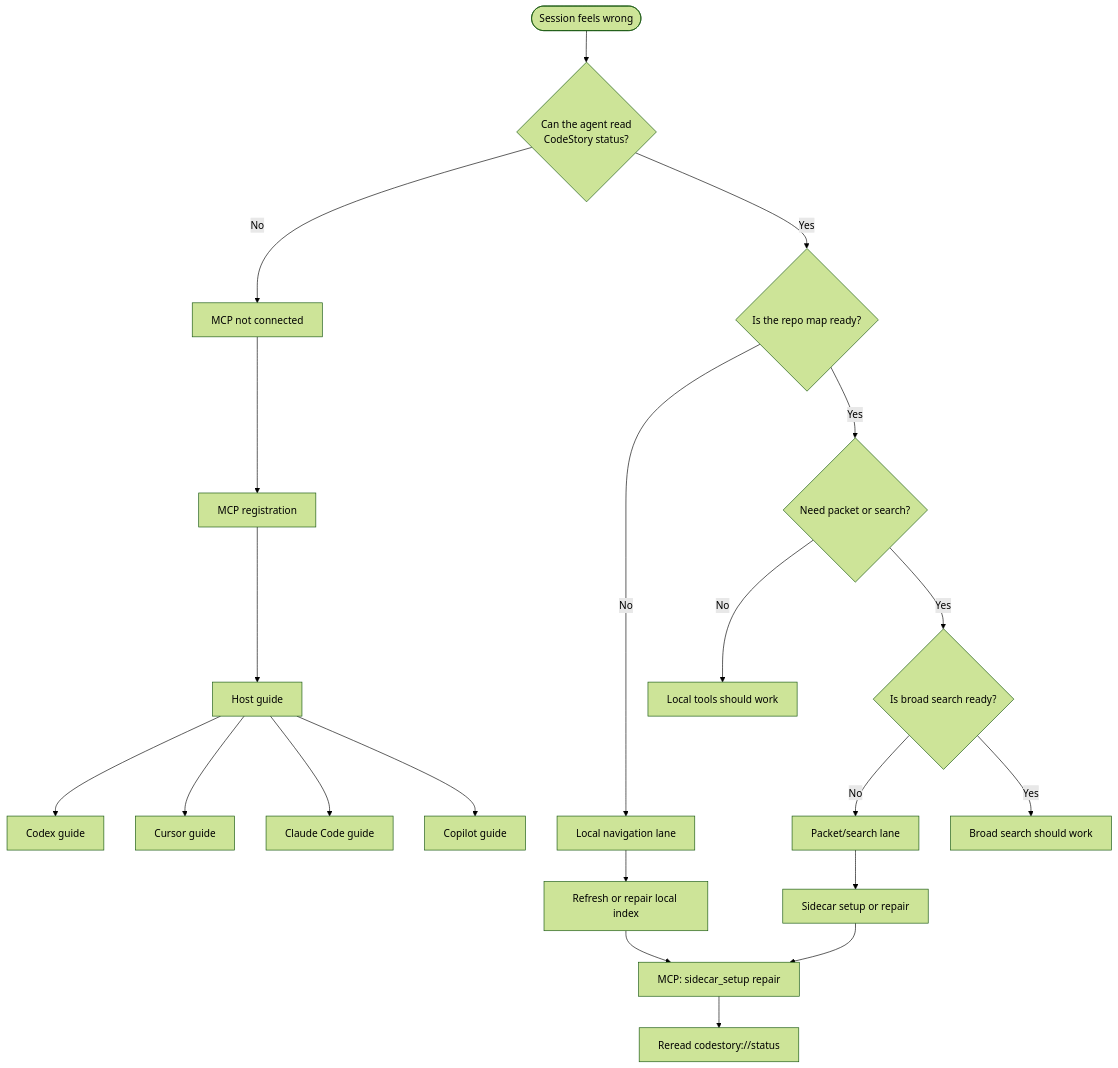
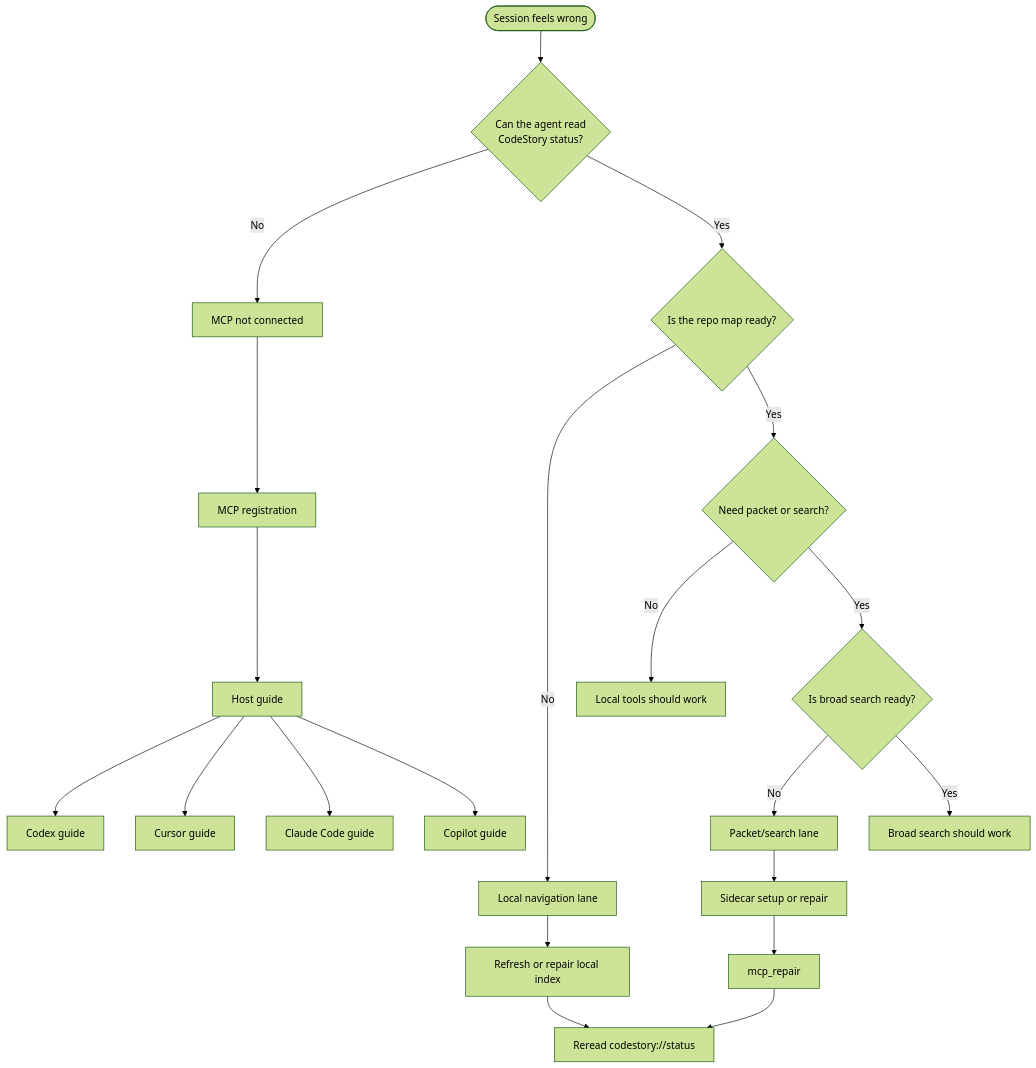
Before and after one commit to TheGreenCedar/CodeStory: the diagram in docs/users/troubleshooting.md, drawn with Mermaid (forest theme). The commit also changed other lines of this file and 8 other files, not shown here.

````diff
--- a/docs/users/troubleshooting.md
+++ b/docs/users/troubleshooting.md
@@ -25,23 +25,23 @@
 ```mermaid
 flowchart TD
   start([Session feels wrong]) --> q1{Can the agent read<br/>CodeStory status?}
   q1 -->|No| mcp[MCP not connected]
   q1 -->|Yes| q2{Is the repo map ready?}
   q2 -->|No| local[Local navigation lane]
   q2 -->|Yes| q3{Need packet or search?}
   q3 -->|No| ok[Local tools should work]
   q3 -->|Yes| q4{Is broad search ready?}
   q4 -->|No| sidecar[Packet/search lane]
   q4 -->|Yes| ok2[Broad search should work]
   mcp --> fix_mcp[MCP registration]
   local --> fix_local[Refresh or repair local index]
   sidecar --> fix_sidecar[Sidecar setup or repair]
   fix_mcp --> host[Host guide]
-  fix_local --> mcp_repair["MCP: sidecar_setup repair"]
+  fix_local --> reread
   fix_sidecar --> mcp_repair
   mcp_repair --> reread["Reread codestory://status"]
   host --> codex[Codex guide]
   host --> cursor[Cursor guide]
   host --> claude[Claude Code guide]
   host --> copilot[Copilot guide]
 ```
````
